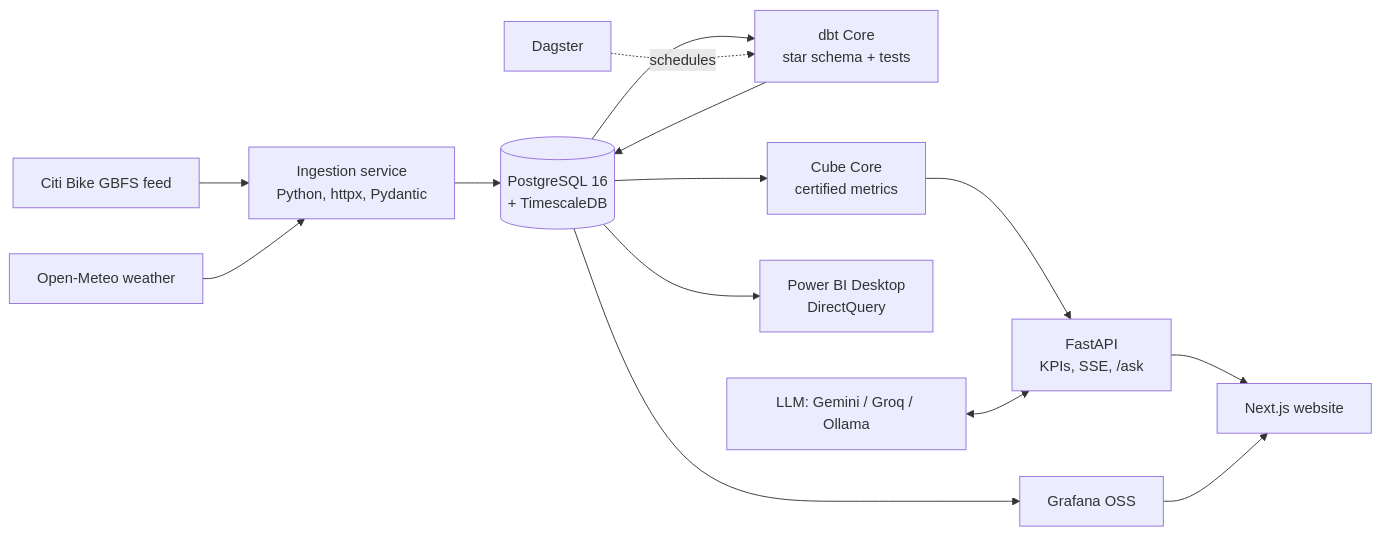
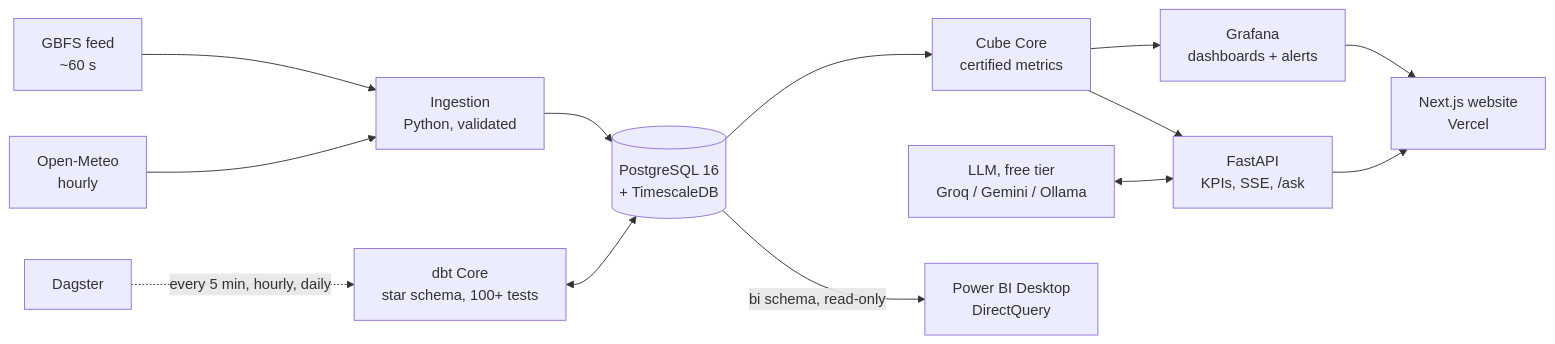
Before and after one commit to Gnanasudharsan/dockline-nyc-bikeshare-ops: the diagram in README.md, drawn with Mermaid. The commit also changed other lines of this file and 1 other file, not shown here.

````diff
--- a/README.md
+++ b/README.md
@@ -34,16 +28,15 @@
 ```mermaid
 flowchart LR
-  GBFS[Citi Bike GBFS feed] --> ING[Ingestion service<br/>Python, httpx, Pydantic]
-  WX[Open-Meteo weather] --> ING
+  GBFS[GBFS feed<br/>~60 s] --> ING[Ingestion<br/>Python, validated]
+  WX[Open-Meteo<br/>hourly] --> ING
   ING --> TS[(PostgreSQL 16<br/>+ TimescaleDB)]
-  TS --> DBT[dbt Core<br/>star schema + tests]
-  DAG[Dagster] -. schedules .-> DBT
-  DBT --> TS
+  DAG[Dagster] -. every 5 min, hourly, daily .-> DBT[dbt Core<br/>star schema, 100+ tests]
+  DBT <--> TS
   TS --> CUBE[Cube Core<br/>certified metrics]
-  TS --> GRAF[Grafana OSS]
-  TS --> PBI[Power BI Desktop<br/>DirectQuery]
+  CUBE --> GRAF[Grafana<br/>dashboards + alerts]
   CUBE --> API[FastAPI<br/>KPIs, SSE, /ask]
-  LLM[LLM: Gemini / Groq / Ollama] <--> API
-  API --> WEB[Next.js website]
+  LLM[LLM, free tier<br/>Groq / Gemini / Ollama] <--> API
+  TS -- bi schema, read-only --> PBI[Power BI Desktop<br/>DirectQuery]
+  API --> WEB[Next.js website<br/>Vercel]
   GRAF --> WEB
 ```
````
